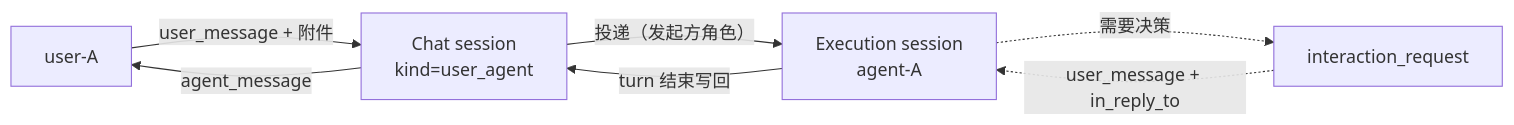
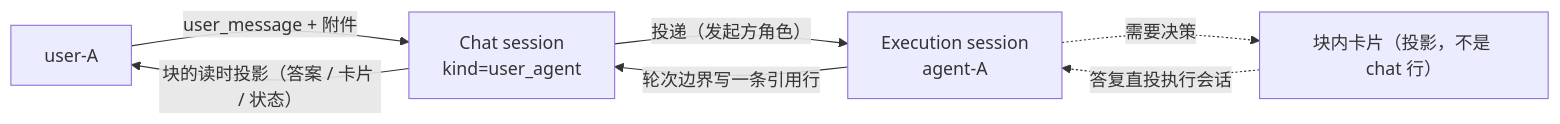
One commit to acowork/acowork changed the first of 10 diagrams in docs/design/zh/27-intent-messaging-and-group-chat.md. Above: the diagram before and after it, drawn with Mermaid. The commit also changed other lines of this file and 3 other files, not shown here.

````diff
--- a/docs/design/zh/27-intent-messaging-and-group-chat.md
+++ b/docs/design/zh/27-intent-messaging-and-group-chat.md
@@ -48,9 +50,9 @@
 ```mermaid
 graph LR
     U["user-A"] -->|"user_message + 附件"| CS["Chat session<br/>kind=user_agent"]
     CS -->|"投递（发起方角色）"| ES["Execution session<br/>agent-A"]
-    ES -->|"turn 结束写回"| CS
-    CS -->|"agent_message"| U
-    ES -.->|"需要决策"| CARD["interaction_request"]
-    CARD -.->|"user_message + in_reply_to"| ES
+    ES -->|"轮次边界写一条引用行"| CS
+    CS -->|"块的读时投影（答案 / 卡片 / 状态）"| U
+    ES -.->|"需要决策"| CARD["块内卡片（投影，不是 chat 行）"]
+    CARD -.->|"答复直投执行会话"| ES
 ```
````
